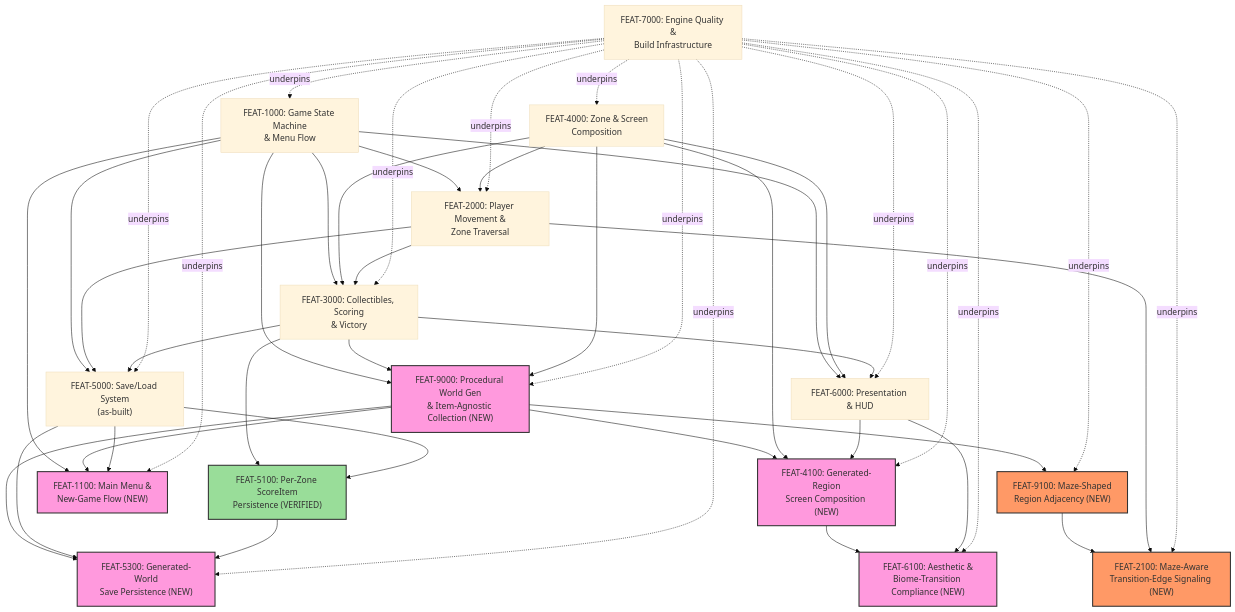
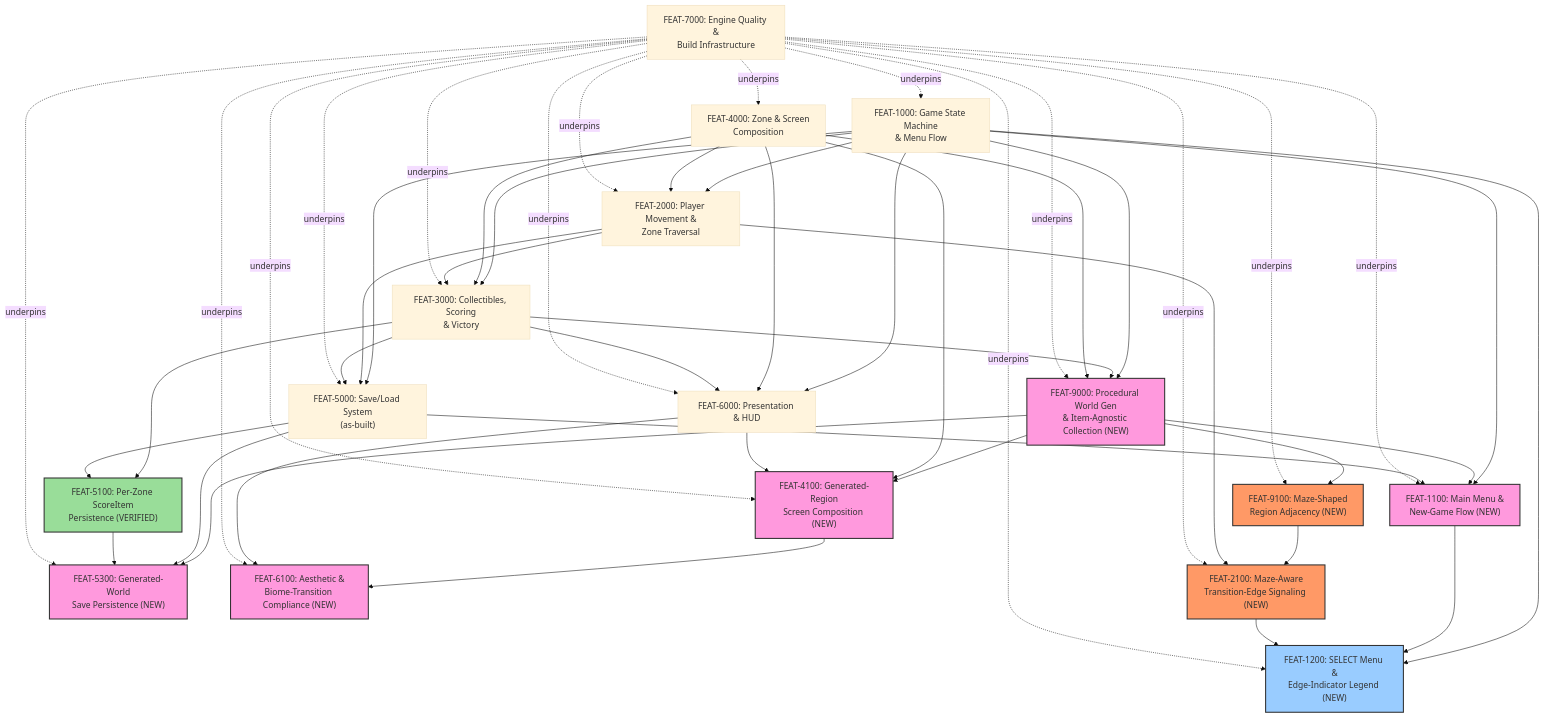
The diagram in docs/feature-planning/04-feature-dependency-graph.md (Zabin/RsGame), drawn with Mermaid (base theme) before and after one commit. The commit also changed other lines of this file and 7 other files, not shown here.

First line of the commit message:
docs(feature-planning): FEAT-1200 -- edge-indicator legend screen decomposed

````diff
--- a/docs/feature-planning/04-feature-dependency-graph.md
+++ b/docs/feature-planning/04-feature-dependency-graph.md
@@ -10,73 +11,79 @@
 ```mermaid
 graph TD
     FEAT7000["FEAT-7000: Engine Quality &<br/>Build Infrastructure"]
     FEAT1000["FEAT-1000: Game State Machine<br/>& Menu Flow"]
     FEAT4000["FEAT-4000: Zone & Screen<br/>Composition"]
     FEAT2000["FEAT-2000: Player Movement &<br/>Zone Traversal"]
     FEAT3000["FEAT-3000: Collectibles, Scoring<br/>& Victory"]
     FEAT6000["FEAT-6000: Presentation & HUD"]
     FEAT5000["FEAT-5000: Save/Load System<br/>(as-built)"]
     FEAT5100["FEAT-5100: Per-Zone ScoreItem<br/>Persistence (VERIFIED)"]
     FEAT9000["FEAT-9000: Procedural World Gen<br/>& Item-Agnostic Collection (NEW)"]
     FEAT4100["FEAT-4100: Generated-Region<br/>Screen Composition (NEW)"]
     FEAT1100["FEAT-1100: Main Menu &<br/>New-Game Flow (NEW)"]
     FEAT5300["FEAT-5300: Generated-World<br/>Save Persistence (NEW)"]
     FEAT6100["FEAT-6100: Aesthetic &<br/>Biome-Transition Compliance (NEW)"]
     FEAT9100["FEAT-9100: Maze-Shaped<br/>Region Adjacency (NEW)"]
     FEAT2100["FEAT-2100: Maze-Aware<br/>Transition-Edge Signaling (NEW)"]
+    FEAT1200["FEAT-1200: SELECT Menu &<br/>Edge-Indicator Legend (NEW)"]
 
     FEAT1000 --> FEAT2000
     FEAT1000 --> FEAT3000
     FEAT1000 --> FEAT5000
     FEAT1000 --> FEAT6000
     FEAT4000 --> FEAT2000
     FEAT4000 --> FEAT3000
     FEAT4000 --> FEAT6000
     FEAT2000 --> FEAT3000
     FEAT2000 --> FEAT5000
     FEAT3000 --> FEAT5000
     FEAT3000 --> FEAT6000
     FEAT3000 --> FEAT5100
     FEAT5000 --> FEAT5100
 
     FEAT1000 --> FEAT9000
     FEAT3000 --> FEAT9000
     FEAT4000 --> FEAT9000
     FEAT9000 --> FEAT4100
     FEAT4000 --> FEAT4100
     FEAT6000 --> FEAT4100
     FEAT1000 --> FEAT1100
     FEAT9000 --> FEAT1100
     FEAT5000 --> FEAT1100
     FEAT9000 --> FEAT5300
     FEAT5000 --> FEAT5300
     FEAT5100 --> FEAT5300
     FEAT4100 --> FEAT6100
     FEAT6000 --> FEAT6100
     FEAT9000 --> FEAT9100
     FEAT9100 --> FEAT2100
     FEAT2000 --> FEAT2100
+    FEAT1000 --> FEAT1200
+    FEAT1100 --> FEAT1200
+    FEAT2100 --> FEAT1200
 
     FEAT7000 -.underpins.-> FEAT1000
     FEAT7000 -.underpins.-> FEAT2000
     FEAT7000 -.underpins.-> FEAT3000
     FEAT7000 -.underpins.-> FEAT4000
     FEAT7000 -.underpins.-> FEAT5000
     FEAT7000 -.underpins.-> FEAT6000
     FEAT7000 -.underpins.-> FEAT9000
     FEAT7000 -.underpins.-> FEAT4100
     FEAT7000 -.underpins.-> FEAT1100
     FEAT7000 -.underpins.-> FEAT5300
     FEAT7000 -.underpins.-> FEAT6100
     FEAT7000 -.underpins.-> FEAT9100
     FEAT7000 -.underpins.-> FEAT2100
+    FEAT7000 -.underpins.-> FEAT1200
 
     style FEAT5100 fill:#9d9,stroke:#333,stroke-width:2px
     style FEAT9000 fill:#f9d,stroke:#333,stroke-width:2px
     style FEAT4100 fill:#f9d,stroke:#333,stroke-width:2px
     style FEAT1100 fill:#f9d,stroke:#333,stroke-width:2px
     style FEAT5300 fill:#f9d,stroke:#333,stroke-width:2px
     style FEAT6100 fill:#f9d,stroke:#333,stroke-width:2px
     style FEAT9100 fill:#f96,stroke:#333,stroke-width:2px
     style FEAT2100 fill:#f96,stroke:#333,stroke-width:2px
+    style FEAT1200 fill:#9cf,stroke:#333,stroke-width:2px
 ```
````
